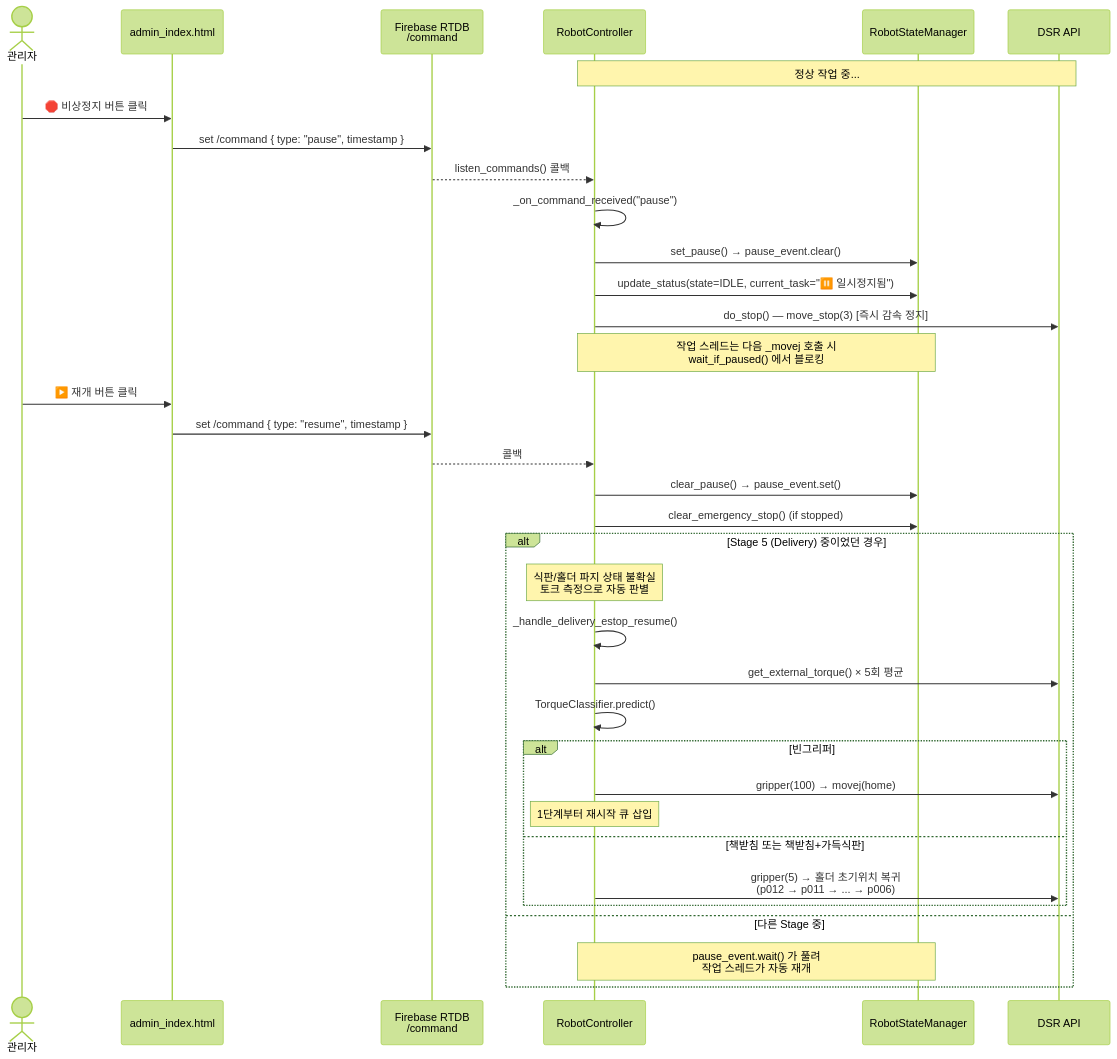
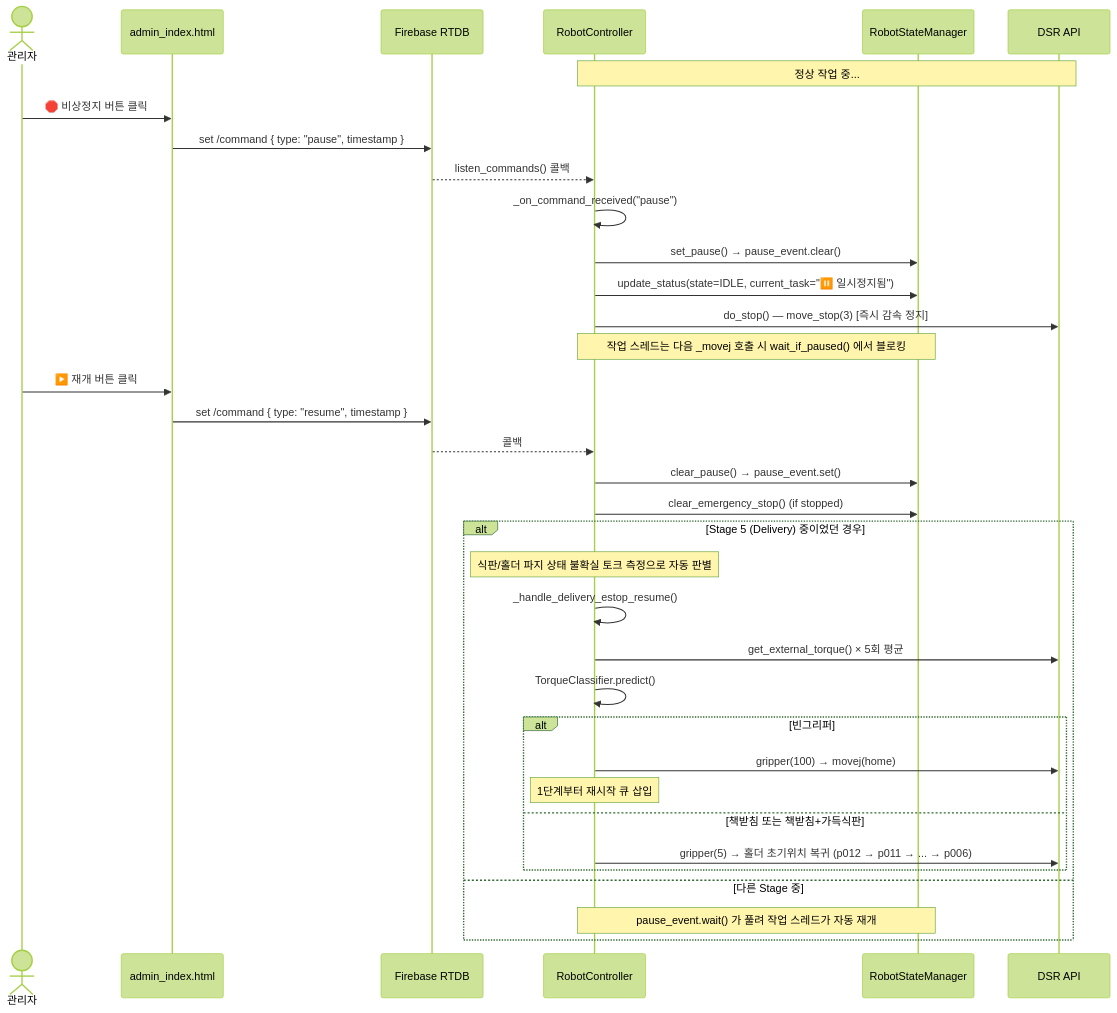
Before and after one commit to yoonseonjae/lunchbox-cobot: the second of 5 diagrams in docs/SEQUENCE_DIAGRAM.md, drawn with Mermaid (forest theme). The commit also changed other lines of this file, not shown here.

````diff
--- a/docs/SEQUENCE_DIAGRAM.md
+++ b/docs/SEQUENCE_DIAGRAM.md
@@ -111,44 +111,44 @@
 ```mermaid
 sequenceDiagram
     actor 관리자
     participant ADMIN as admin_index.html
-    participant FB as Firebase RTDB<br/>/command
+    participant FB as Firebase RTDB
     participant RC as RobotController
     participant SM as RobotStateManager
     participant DSR as DSR API
 
     Note over RC,DSR: 정상 작업 중...
 
     관리자->>ADMIN: 🛑 비상정지 버튼 클릭
     ADMIN->>FB: set /command { type: "pause", timestamp }
 
     FB-->>RC: listen_commands() 콜백
     RC->>RC: _on_command_received("pause")
     RC->>SM: set_pause() → pause_event.clear()
     RC->>SM: update_status(state=IDLE, current_task="⏸️ 일시정지됨")
     RC->>DSR: do_stop() — move_stop(3) [즉시 감속 정지]
 
-    Note over RC,SM: 작업 스레드는 다음 _movej 호출 시<br/>wait_if_paused() 에서 블로킹
+    Note over RC,SM: 작업 스레드는 다음 _movej 호출 시 wait_if_paused() 에서 블로킹
 
     관리자->>ADMIN: ▶️ 재개 버튼 클릭
     ADMIN->>FB: set /command { type: "resume", timestamp }
 
     FB-->>RC: 콜백
     RC->>SM: clear_pause() → pause_event.set()
     RC->>SM: clear_emergency_stop() (if stopped)
 
     alt Stage 5 (Delivery) 중이었던 경우
-        Note over RC: 식판/홀더 파지 상태 불확실<br/>토크 측정으로 자동 판별
+        Note over RC: 식판/홀더 파지 상태 불확실 토크 측정으로 자동 판별
         RC->>RC: _handle_delivery_estop_resume()
         RC->>DSR: get_external_torque() × 5회 평균
         RC->>RC: TorqueClassifier.predict()
         alt 빈그리퍼
             RC->>DSR: gripper(100) → movej(home)
             Note over RC: 1단계부터 재시작 큐 삽입
         else 책받침 또는 책받침+가득식판
-            RC->>DSR: gripper(5) → 홀더 초기위치 복귀<br/>(p012 → p011 → ... → p006)
+            RC->>DSR: gripper(5) → 홀더 초기위치 복귀 (p012 → p011 → ... → p006)
         end
     else 다른 Stage 중
-        Note over RC,SM: pause_event.wait() 가 풀려<br/>작업 스레드가 자동 재개
+        Note over RC,SM: pause_event.wait() 가 풀려 작업 스레드가 자동 재개
     end
 ```
````
